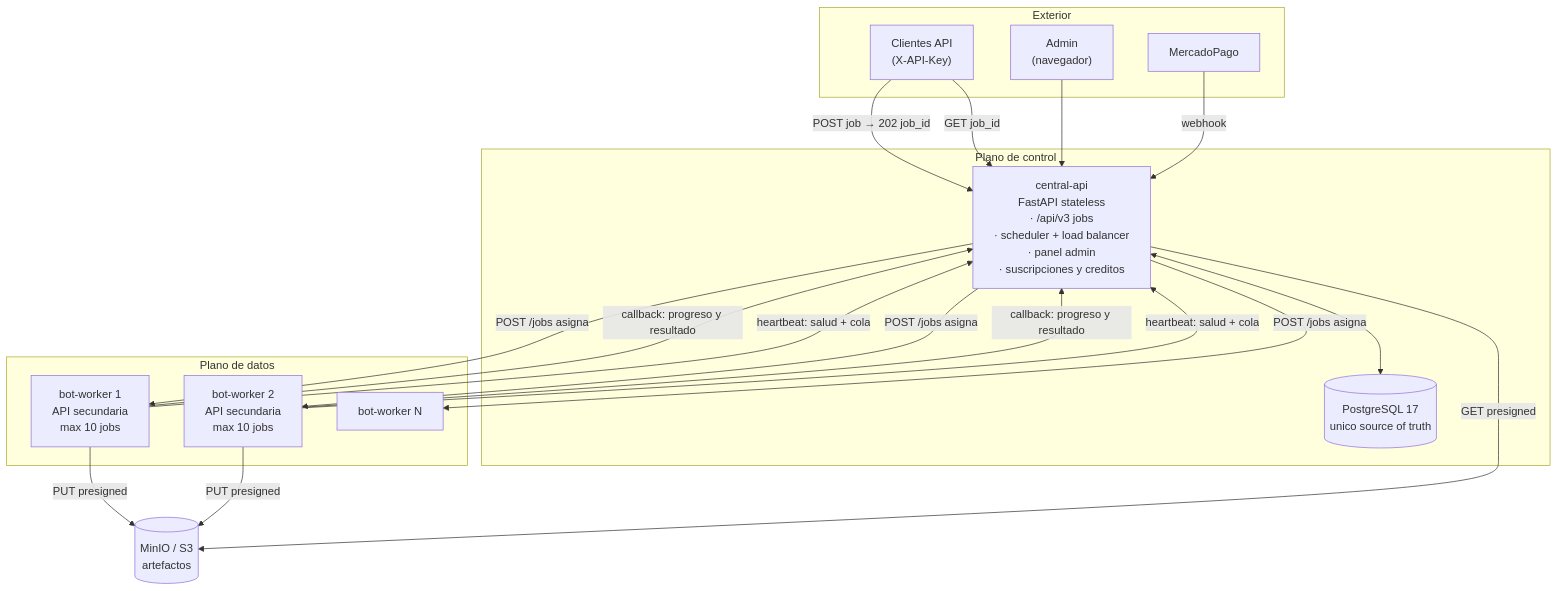
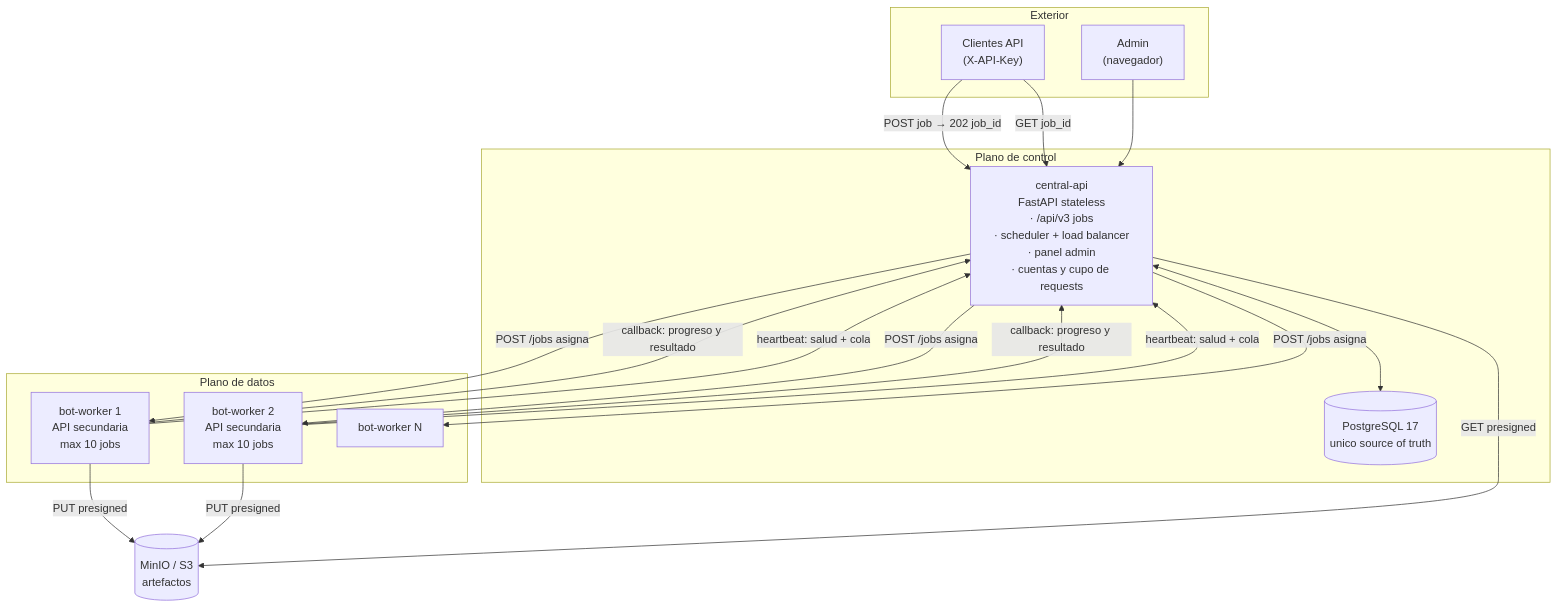
Before and after one commit to abustosp/api-bots-mrbot-v3: the first of 5 diagrams in plan.md, drawn with Mermaid. The commit also changed other lines of this file and 18 other files, not shown here.

Commit message:
docs/infra: remove MercadoPago and legacy billing from plans, DDL checks and runbooks

````diff
--- a/plan.md
+++ b/plan.md
@@ -68,37 +68,35 @@
 ```mermaid
 graph TB
     subgraph ext["Exterior"]
         CLI["Clientes API<br/>(X-API-Key)"]
         ADM["Admin<br/>(navegador)"]
-        MP["MercadoPago"]
     end
 
     subgraph core["Plano de control"]
-        API["central-api<br/>FastAPI stateless<br/>· /api/v3 jobs<br/>· scheduler + load balancer<br/>· panel admin<br/>· suscripciones y creditos"]
+        API["central-api<br/>FastAPI stateless<br/>· /api/v3 jobs<br/>· scheduler + load balancer<br/>· panel admin<br/>· cuentas y cupo de requests"]
         PG[("PostgreSQL 17<br/>unico source of truth")]
     end
 
     subgraph data["Plano de datos"]
         W1["bot-worker 1<br/>API secundaria<br/>max 10 jobs"]
         W2["bot-worker 2<br/>API secundaria<br/>max 10 jobs"]
         WN["bot-worker N"]
     end
 
     OBJ[("MinIO / S3<br/>artefactos")]
 
     CLI -->|"POST job → 202 job_id"| API
     CLI -->|"GET job_id"| API
     ADM --> API
-    MP -->|webhook| API
     API <--> PG
     API -->|"POST /jobs asigna"| W1
     API -->|"POST /jobs asigna"| W2
     API -->|"POST /jobs asigna"| WN
     W1 -->|"callback: progreso y resultado"| API
     W2 -->|"callback: progreso y resultado"| API
     W1 -->|"heartbeat: salud + cola"| API
     W2 -->|"heartbeat: salud + cola"| API
     W1 -->|"PUT presigned"| OBJ
     W2 -->|"PUT presigned"| OBJ
     API -->|"GET presigned"| OBJ
 ```
````
